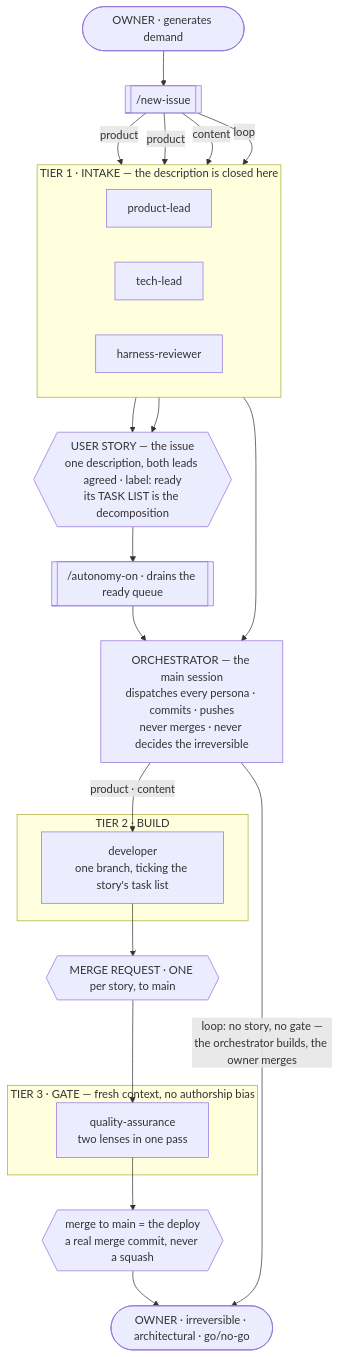
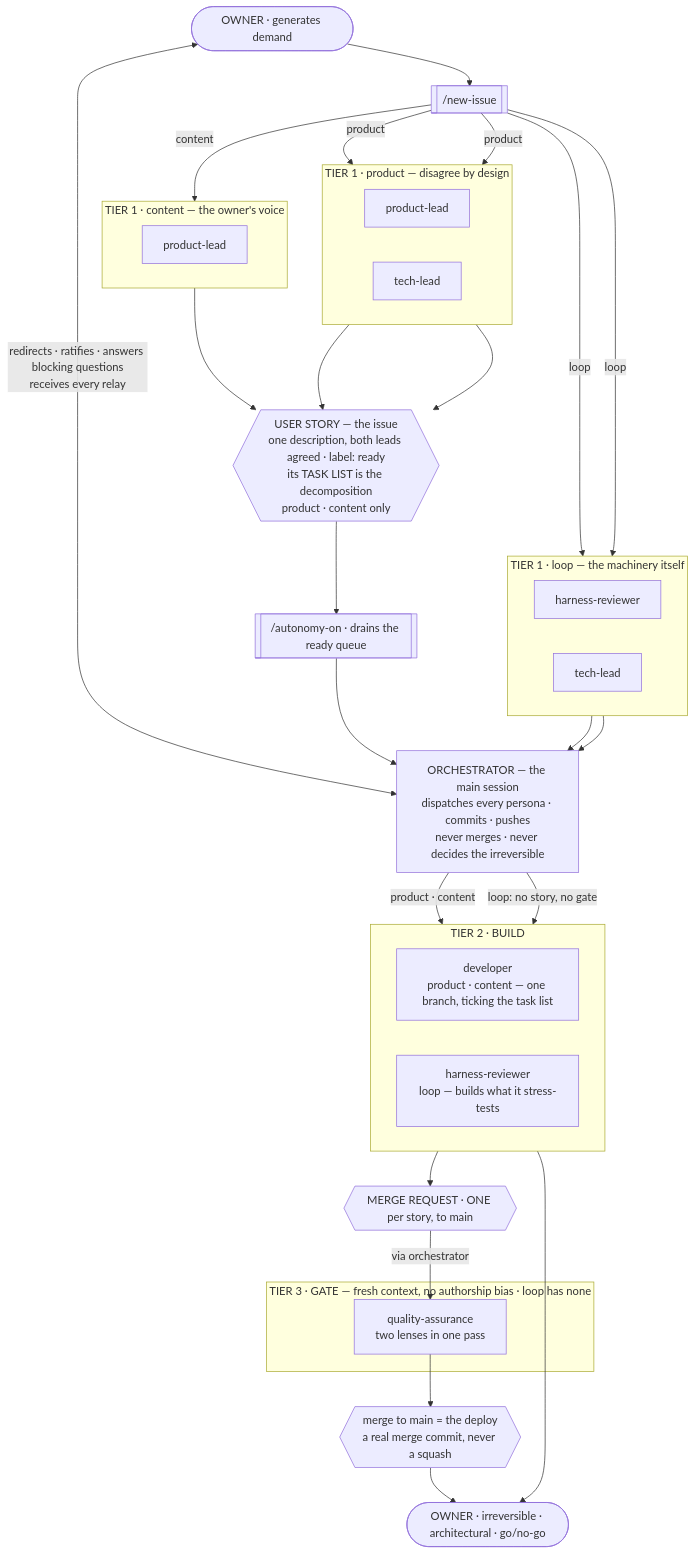
One commit to tedeuxx/tadeumendonca-skills changed the first of 4 diagrams in README.md. Above: the diagram before and after it, drawn with Mermaid. The commit also changed other lines of this file, not shown here.

Commit message:
docs: redraw the loop diagram as a hub-and-spoke with per-type lanes
The tier-box layout drew one box per tier regardless of issue type, and its
own prose contradicted the figure twice: no owner<->orchestrator edge despite
the owner redirecting/ratifying/relaying continuously, and a single TIER 1 box
standing in for three different compositions (product-lead+tech-lead /
product-lead-only / harness-reviewer-only).

Redraws README.md:135-198 as three tier-1 lanes (product, content, loop)
converging on the orchestrator as a shared hub, with the loop lane's shorter
path (no US, no gate) now a structural absence (HRB --> OUT bypasses MR/QA/M)
rather than a sentence under the figure. Also applies ADR-0012's S6 fix
(loop routes to both harness-reviewer and tech-lead, not harness-reviewer
alone) and ADR-0013's consequent-work item 3 ("via orchestrator" on the
MR --> QA edge).

Refs #184.

Claude-Session: https://claude.ai/code/session_01QZR2oXtZLtVBbn2VHVkEHd

````diff
--- a/README.md
+++ b/README.md
@@ -135,49 +135,69 @@
 ```mermaid
 flowchart TB
   O(["OWNER · generates demand"])
   NI[["/new-issue"]]
 
-  subgraph T1["TIER 1 · INTAKE — the description is closed here"]
+  subgraph T1P["TIER 1 · product — disagree by design"]
     direction LR
     PL["product-lead"]
     TL["tech-lead"]
-    HR["harness-reviewer"]
   end
 
-  US{{"USER STORY — the issue<br/>one description, both leads agreed · label: ready<br/>its TASK LIST is the decomposition"}}
+  subgraph T1C["TIER 1 · content — the owner's voice"]
+    direction LR
+    PLC["product-lead"]
+  end
+
+  subgraph T1L["TIER 1 · loop — the machinery itself"]
+    direction LR
+    HR["harness-reviewer"]
+    TLL["tech-lead"]
+  end
+
+  US{{"USER STORY — the issue<br/>one description, both leads agreed · label: ready<br/>its TASK LIST is the decomposition<br/>product · content only"}}
   AO[["/autonomy-on · drains the ready queue"]]
 
   ORCH["ORCHESTRATOR — the main session<br/>dispatches every persona · commits · pushes<br/>never merges · never decides the irreversible"]
 
   subgraph T2["TIER 2 · BUILD"]
-    DEV["developer<br/>one branch, ticking the story's task list"]
+    direction LR
+    DEV["developer<br/>product · content — one branch, ticking the task list"]
+    HRB["harness-reviewer<br/>loop — builds what it stress-tests"]
   end
 
   MR{{"MERGE REQUEST · ONE per story, to main"}}
 
-  subgraph T3["TIER 3 · GATE — fresh context, no authorship bias"]
+  subgraph T3["TIER 3 · GATE — fresh context, no authorship bias · loop has none"]
     QA["quality-assurance<br/>two lenses in one pass"]
   end
 
   M{{"merge to main = the deploy<br/>a real merge commit, never a squash"}}
   OUT(["OWNER · irreversible · architectural · go/no-go"])
 
   O --> NI
+  O <-->|"redirects · ratifies · answers blocking questions<br/>receives every relay"| ORCH
+
   NI -->|product| PL
   NI -->|product| TL
-  NI -->|content| PL
+  NI -->|content| PLC
   NI -->|loop| HR
+  NI -->|loop| TLL
 
   PL --> US
   TL --> US
+  PLC --> US
   US --> AO
   AO --> ORCH
+
+  HR --> ORCH
+  TLL --> ORCH
+
   ORCH -->|"product · content"| DEV
+  ORCH -->|"loop: no story, no gate"| HRB
+
   DEV --> MR
-  MR --> QA
+  MR -->|"via orchestrator"| QA
   QA --> M
   M --> OUT
-
-  HR --> ORCH
-  ORCH -->|"loop: no story, no gate —<br/>the orchestrator builds, the owner merges"| OUT
+  HRB --> OUT
 ```
````
